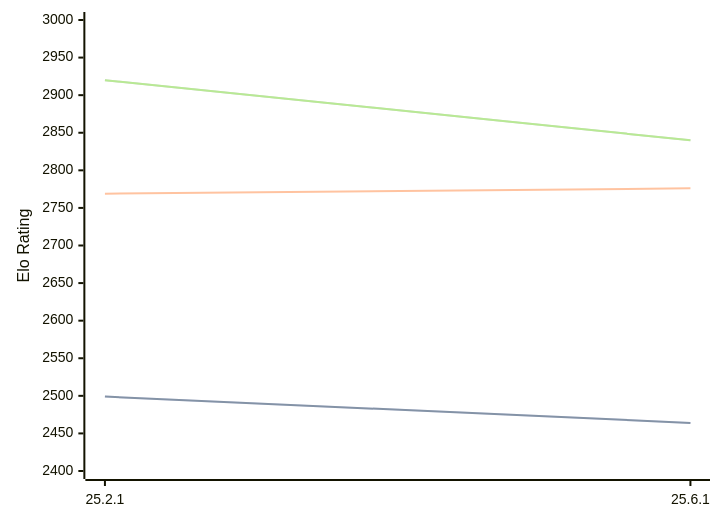
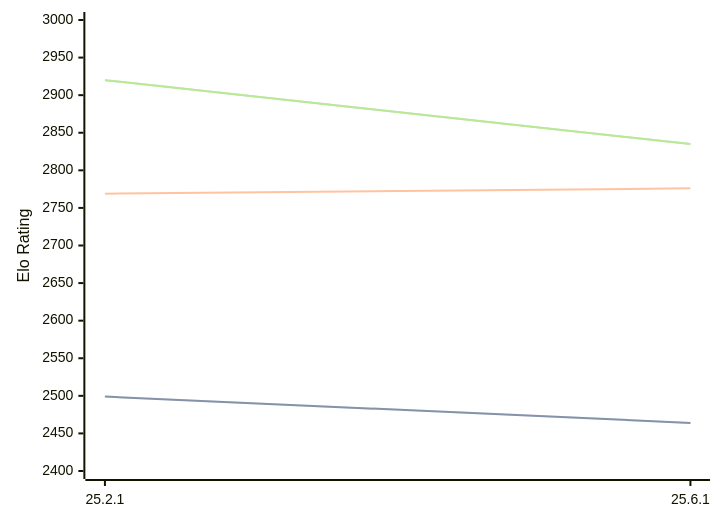
The diagram in engines/Crafty.md (computer-chess-index/cci), drawn with Mermaid before and after one commit. The commit also changed other lines of this file, not shown here.

Commit message:
Update CCI Ratings (ELO VLTC) - 2026-08-07

````diff
--- a/engines/Crafty.md
+++ b/engines/Crafty.md
@@ -32,11 +32,11 @@
 ```mermaid
 %%{init: {"theme":"base","themeVariables":{"seriesColors:['#a3a3a3','#222221','#faa371']}}}%%
 xychart-beta
   x-axis ["25.2.1", "25.6.1"]
   y-axis "Elo Rating" 2400 --> 3000
   line "STC (8.0+0.08s)" [2499, 2464]
   line "STC (8.0+0.08s)" [2499, 2464]
   line "LTC (60.0+0.60s)" [2769, 2776]
-  line "VLTC (2m24s+1.12s)" [2920, 2840]
-  line "VLTC (2m24s+1.12s)" [2920, 2840]
+  line "VLTC (2m24s+1.12s)" [2920, 2835]
+  line "VLTC (2m24s+1.12s)" [2920, 2835]
 ```
````
